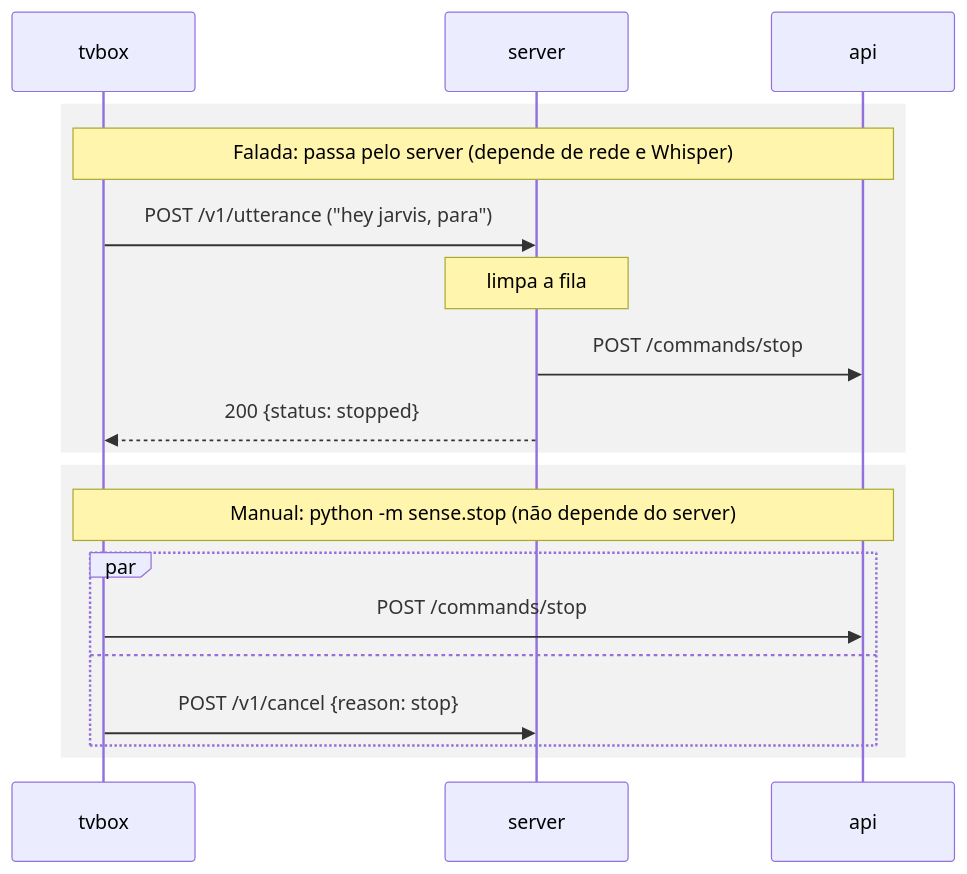
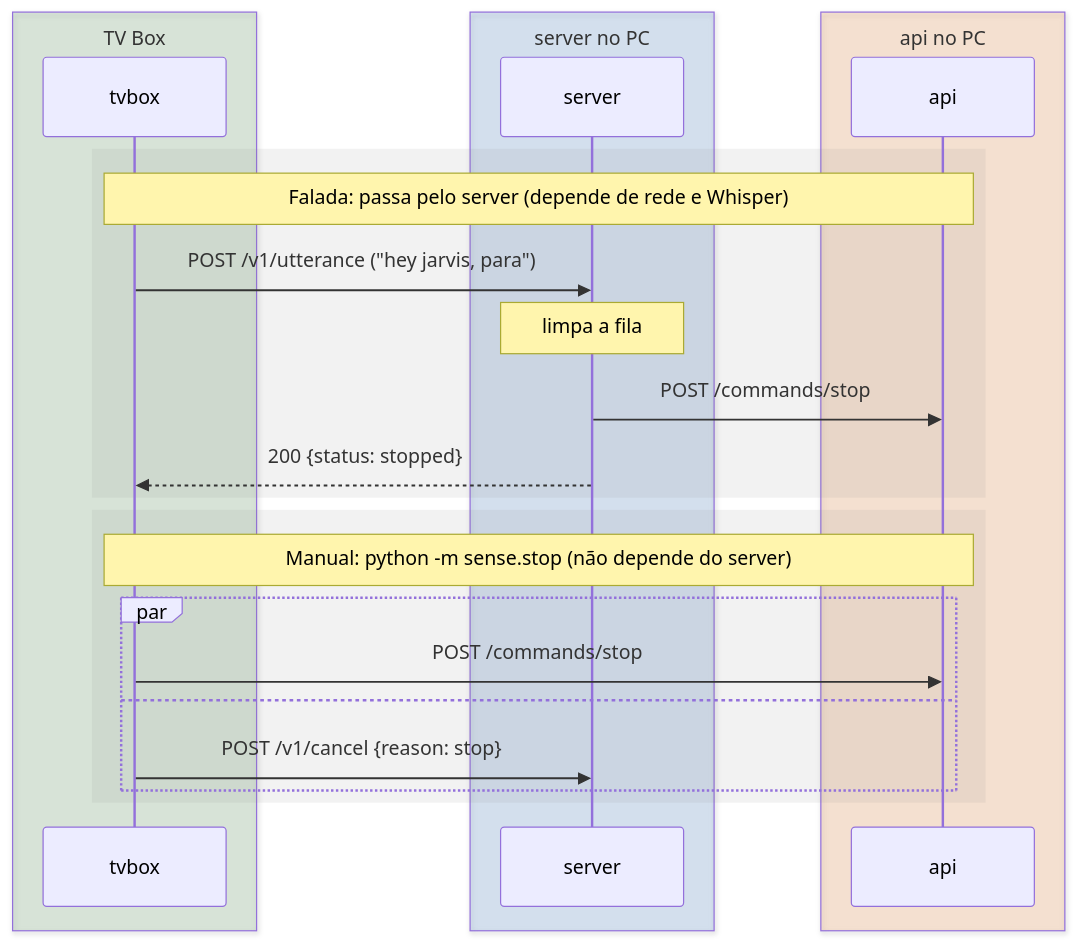
Before and after one commit to carlosvts/go2: the third of 6 diagrams in docs/arquitetura.md, drawn with Mermaid. The commit also changed other lines of this file, not shown here.

First line of the commit message:
docs: cores por serviço nos diagramas de arquitetura

````diff
--- a/docs/arquitetura.md
+++ b/docs/arquitetura.md
@@ -79,23 +102,29 @@
 ```mermaid
 sequenceDiagram
-    participant T as tvbox
-    participant S as server
-    participant A as api
+    box rgba(46,125,50,0.15) TV Box
+        participant T as tvbox
+    end
+    box rgba(21,101,192,0.15) server no PC
+        participant S as server
+    end
+    box rgba(239,108,0,0.15) api no PC
+        participant A as api
+    end
 
     rect rgba(128,128,128,0.1)
     Note over T,A: Falada: passa pelo server (depende de rede e Whisper)
     T->>S: POST /v1/utterance ("hey jarvis, para")
     Note over S: limpa a fila
     S->>A: POST /commands/stop
     S-->>T: 200 {status: stopped}
     end
 
     rect rgba(128,128,128,0.1)
     Note over T,A: Manual: python -m sense.stop (não depende do server)
     par
         T->>A: POST /commands/stop
     and
         T->>S: POST /v1/cancel {reason: stop}
     end
     end
 ```
````
